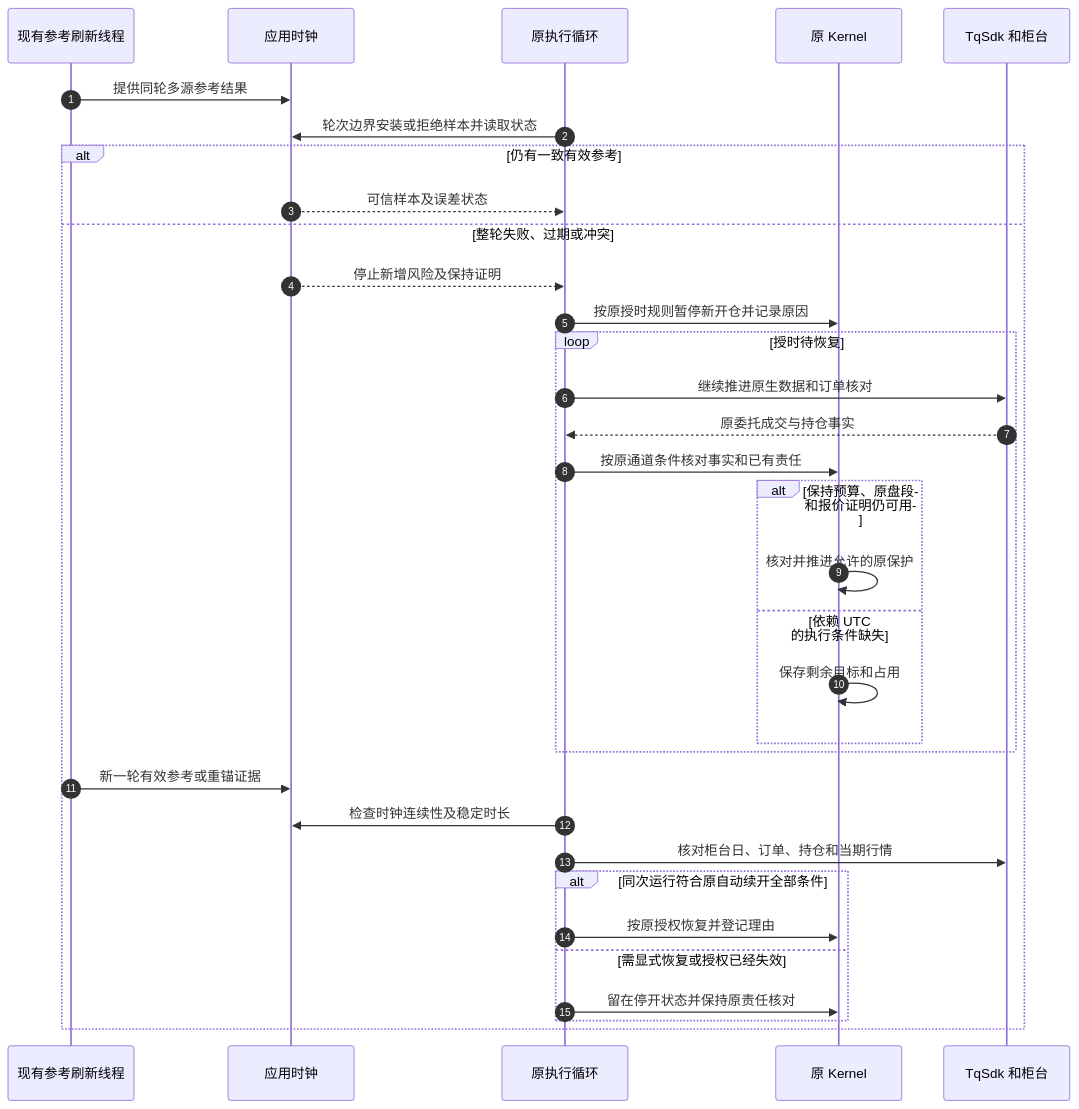
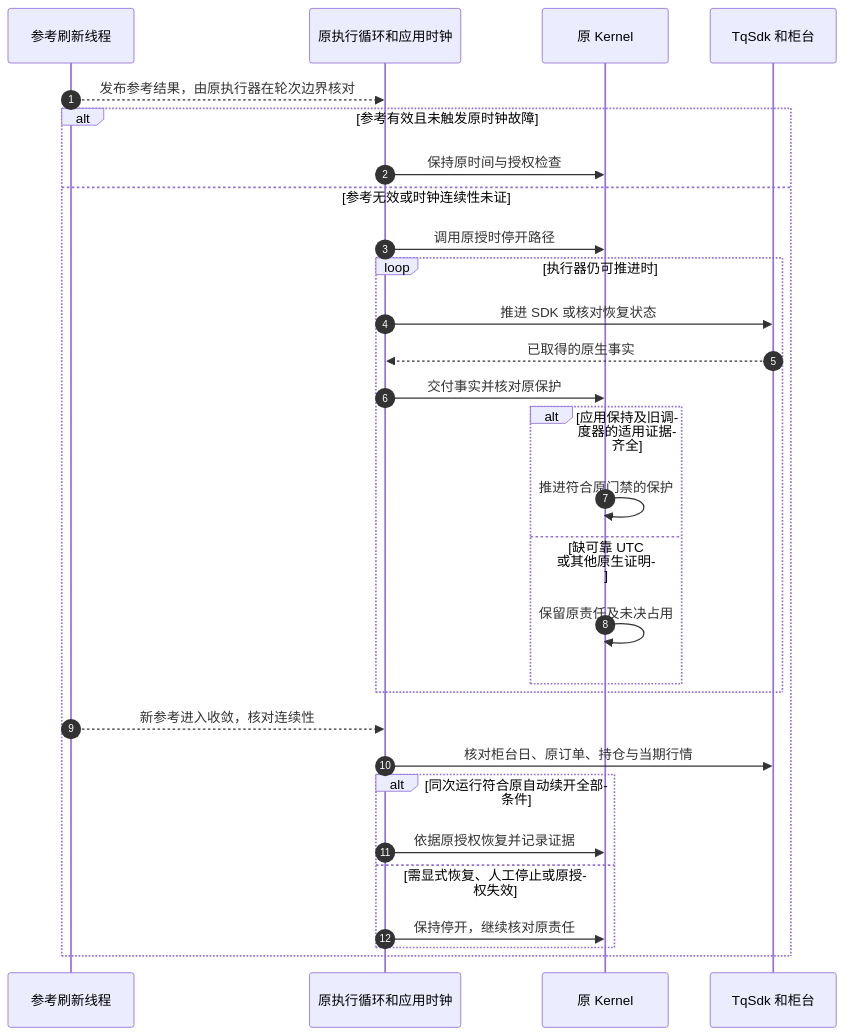
One commit to Yoruto/OnlineTrader changed the fourth of 8 diagrams in docs/clock-market-data-stability-implementation-plan-20261118.md. Above: the diagram before and after it, drawn with Mermaid. The commit also changed other lines of this file, not shown here.

````diff
--- a/docs/clock-market-data-stability-implementation-plan-20261118.md
+++ b/docs/clock-market-data-stability-implementation-plan-20261118.md
@@ -119,35 +154,31 @@
 ```mermaid
 sequenceDiagram
     autonumber
-    participant T as 现有参考刷新线程
-    participant C as 应用时钟
-    participant O as 原执行循环
+    participant T as 参考刷新线程
+    participant O as 原执行循环和应用时钟
     participant K as 原 Kernel
     participant S as TqSdk 和柜台
-    T->>C: 提供同轮多源参考结果
-    O->>C: 轮次边界安装或拒绝样本并读取状态
-    alt 仍有一致有效参考
-        C-->>O: 可信样本及误差状态
-    else 整轮失败、过期或冲突
-        C-->>O: 停止新增风险及保持证明
-        O->>K: 按原授时规则暂停新开仓并记录原因
-        loop 授时待恢复
-            O->>S: 继续推进原生数据和订单核对
-            S-->>O: 原委托成交与持仓事实
-            O->>K: 按原通道条件核对事实和已有责任
-            alt 保持预算、原盘段和报价证明仍可用
-                K->>K: 核对并推进允许的原保护
-            else 依赖 UTC 的执行条件缺失
-                K->>K: 保存剩余目标和占用
+    T-->>O: 发布参考结果，由原执行器在轮次边界核对
+    alt 参考有效且未触发原时钟故障
+        O->>K: 保持原时间与授权检查
+    else 参考无效或时钟连续性未证
+        O->>K: 调用原授时停开路径
+        loop 执行器仍可推进时
+            O->>S: 推进 SDK 或核对恢复状态
+            S-->>O: 已取得的原生事实
+            O->>K: 交付事实并核对原保护
+            alt 应用保持及旧调度器的适用证据齐全
+                K->>K: 推进符合原门禁的保护
+            else 缺可靠 UTC 或其他原生证明
+                K->>K: 保留原责任及未决占用
             end
         end
-        T->>C: 新一轮有效参考或重锚证据
-        O->>C: 检查时钟连续性及稳定时长
-        O->>S: 核对柜台日、订单、持仓和当期行情
+        T-->>O: 新参考进入收敛，核对连续性
+        O->>S: 核对柜台日、原订单、持仓与当期行情
         alt 同次运行符合原自动续开全部条件
-            O->>K: 按原授权恢复并登记理由
-        else 需显式恢复或授权已经失效
-            O->>K: 留在停开状态并保持原责任核对
+            O->>K: 依据原授权恢复并记录证据
+        else 需显式恢复、人工停止或原授权失效
+            O->>K: 保持停开，继续核对原责任
         end
     end
 ```
````
